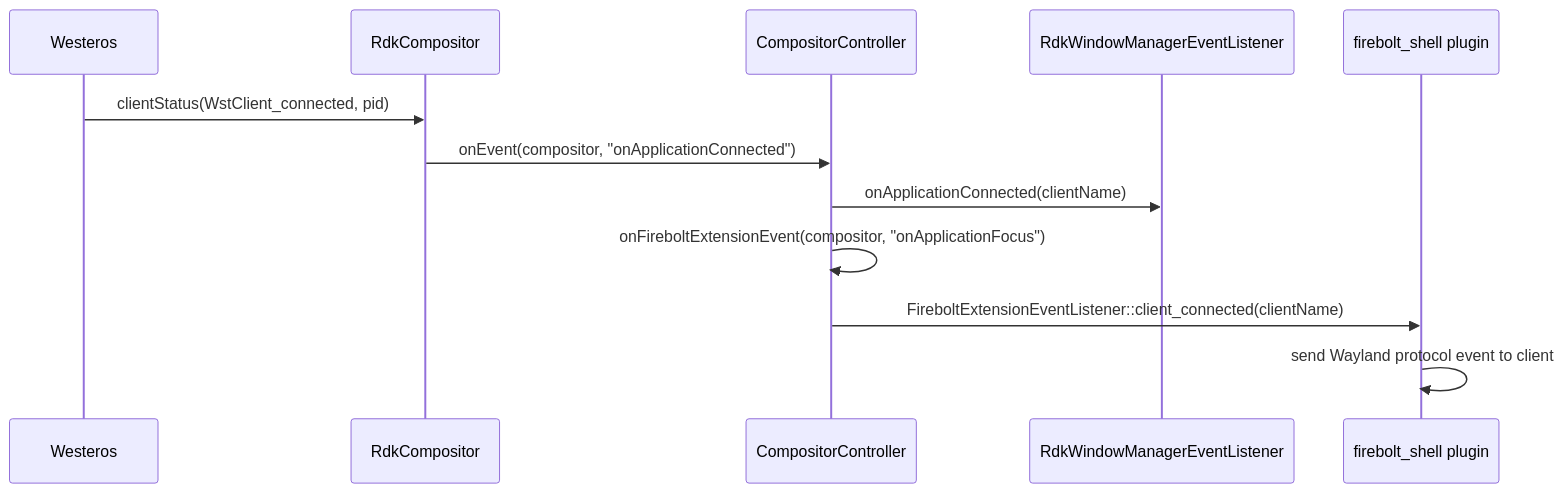
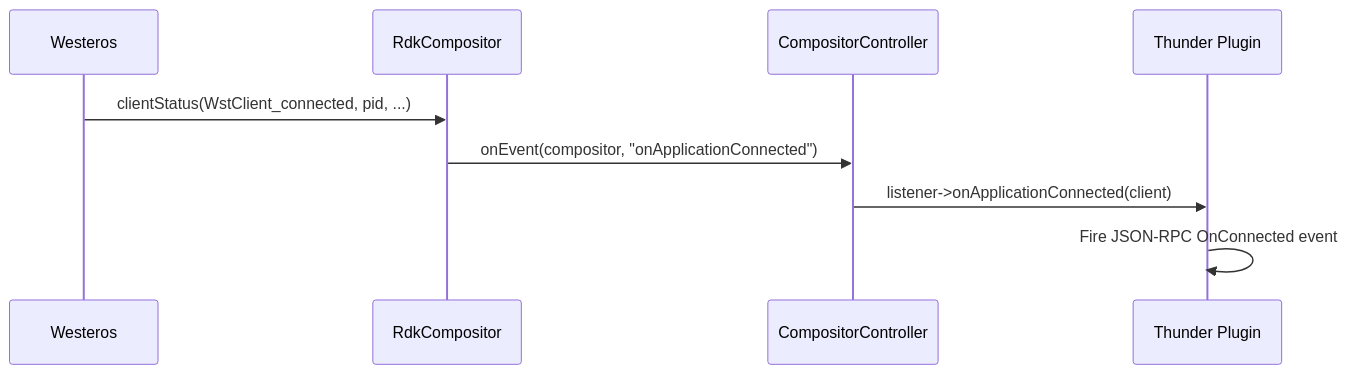
One commit to rns21/RDK_Documentation changed the eighth of 8 diagrams in docs/docu/RDKV-Documentations/rdkwindowmgr.md. Above: the diagram before and after it, drawn with Mermaid. The commit also changed other lines of this file, not shown here.

````diff
--- a/docs/docu/RDKV-Documentations/rdkwindowmgr.md
+++ b/docs/docu/RDKV-Documentations/rdkwindowmgr.md
@@ -343,15 +356,12 @@
 ```mermaid
 sequenceDiagram
     participant Wst as Westeros
-    participant RC as RdkCompositor
+    participant Comp as RdkCompositor
     participant CC as CompositorController
-    participant Listener as RdkWindowManagerEventListener
-    participant FbShell as firebolt_shell plugin
+    participant Plugin as Thunder Plugin
 
-    Wst->>RC: clientStatus(WstClient_connected, pid)
-    RC->>CC: onEvent(compositor, "onApplicationConnected")
-    CC->>Listener: onApplicationConnected(clientName)
-    CC->>CC: onFireboltExtensionEvent(compositor, "onApplicationFocus")
-    CC->>FbShell: FireboltExtensionEventListener::client_connected(clientName)
-    FbShell->>FbShell: send Wayland protocol event to client
+    Wst->>Comp: clientStatus(WstClient_connected, pid, ...)
+    Comp->>CC: onEvent(compositor, "onApplicationConnected")
+    CC->>Plugin: listener->onApplicationConnected(client)
+    Plugin->>Plugin: Fire JSON-RPC OnConnected event
 ```
````
